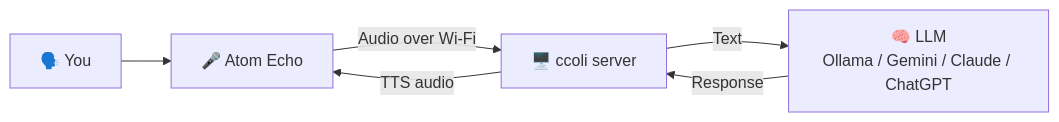
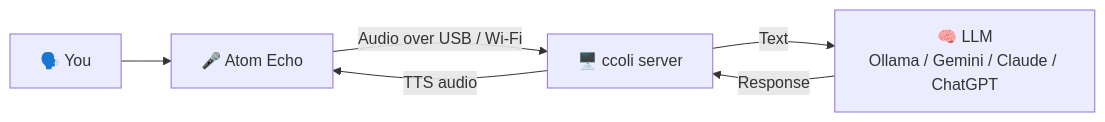
The diagram in README.md (surrealier/LLM_Aduino), drawn with Mermaid before and after one commit. The commit also changed other lines of this file and 40 other files, not shown here.

````diff
--- a/README.md
+++ b/README.md
@@ -68,8 +108,8 @@
 ```mermaid
 flowchart LR
     U["🗣️ You"] --> A["🎤 Atom Echo"]
-    A -->|Audio over Wi-Fi| S["🖥️ ccoli server"]
+    A -->|Audio over USB / Wi-Fi| S["🖥️ ccoli server"]
     S -->|Text| L["🧠 LLM\nOllama / Gemini / Claude / ChatGPT"]
     L -->|Response| S
     S -->|TTS audio| A
 ```
````
